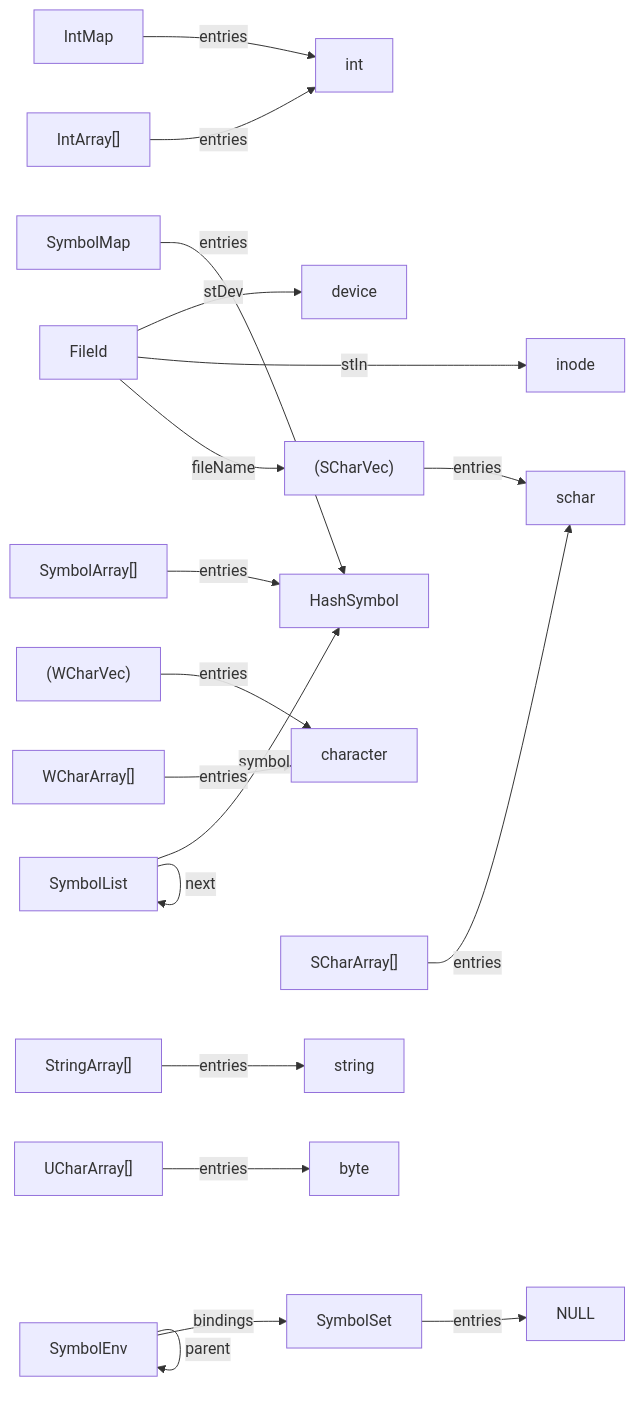
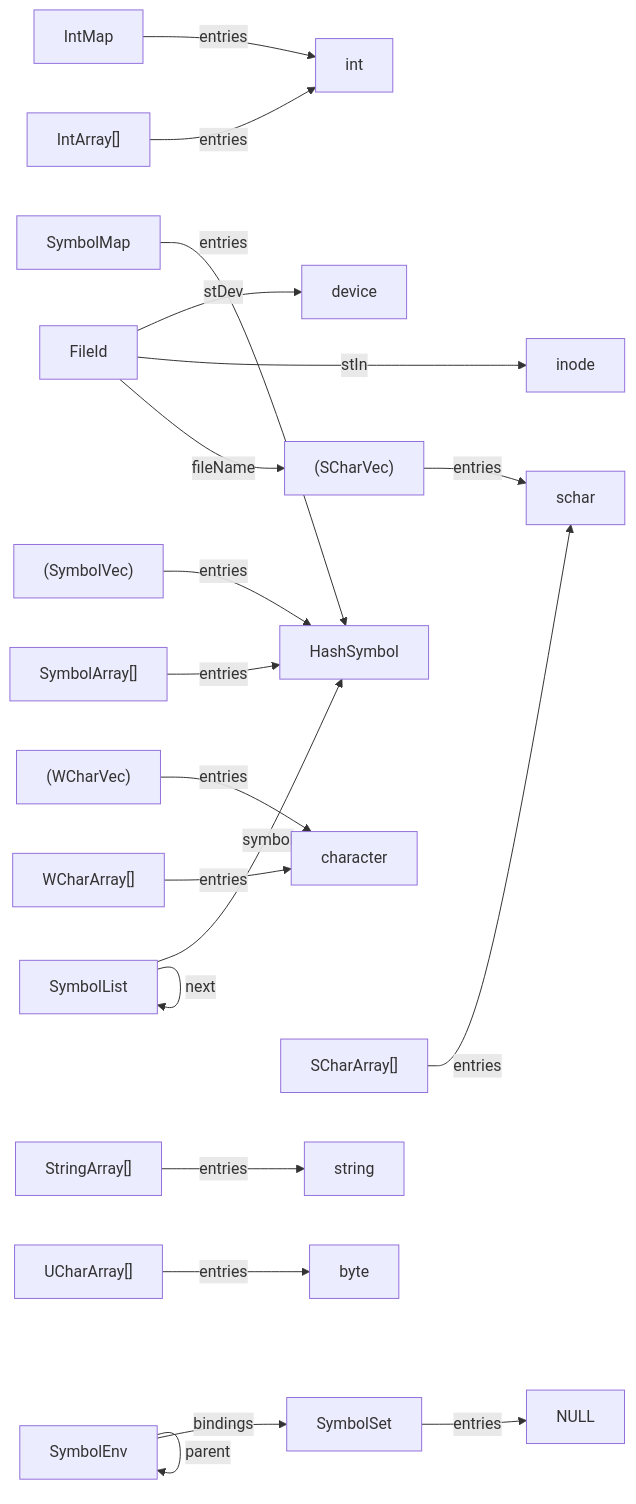
Before and after one commit to billhails/CEKF: the diagram in docs/generated/utils.md, drawn with Mermaid. The commit also changed 8 other files, not shown here.

````diff
--- a/docs/generated/utils.md
+++ b/docs/generated/utils.md
@@ -5,21 +5,22 @@
 ```mermaid
 flowchart LR
 SymbolSet --entries--> NULL
 IntMap --entries--> int
 SymbolMap --entries--> HashSymbol
 FileId --stDev--> device
 FileId --stIno--> inode
 FileId --fileName--> SCharVec
 SymbolList --symbol--> HashSymbol
 SymbolList --next--> SymbolList
 SymbolEnv --parent--> SymbolEnv
 SymbolEnv --bindings--> SymbolSet
 SCharVec["(SCharVec)"] --entries--> schar
 WCharVec["(WCharVec)"] --entries--> character
+SymbolVec["(SymbolVec)"] --entries--> HashSymbol
 StringArray["StringArray[]"] --entries--> string
 WCharArray["WCharArray[]"] --entries--> character
 UCharArray["UCharArray[]"] --entries--> byte
 SCharArray["SCharArray[]"] --entries--> schar
 SymbolArray["SymbolArray[]"] --entries--> HashSymbol
 IntArray["IntArray[]"] --entries--> int
 ```
````
